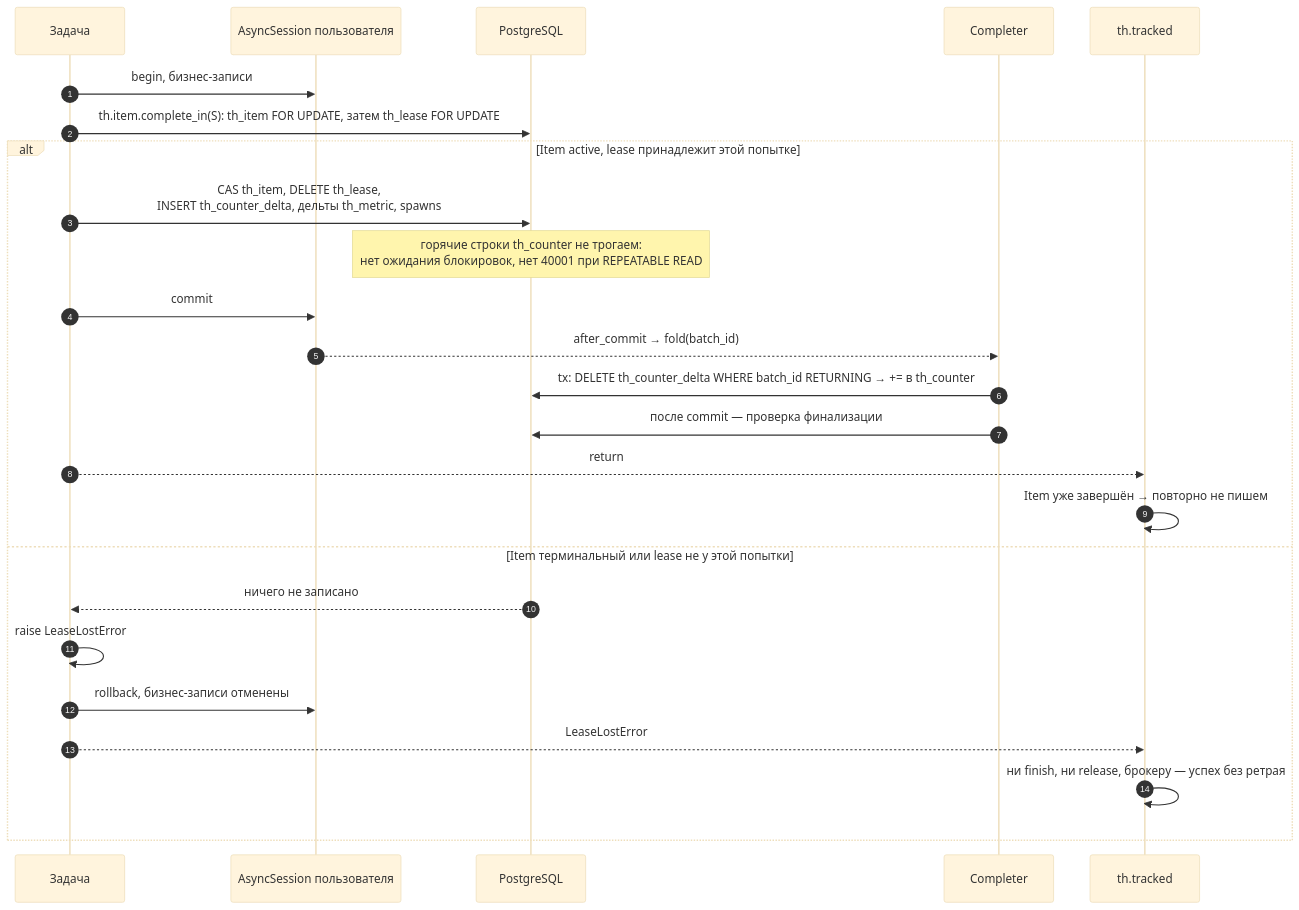
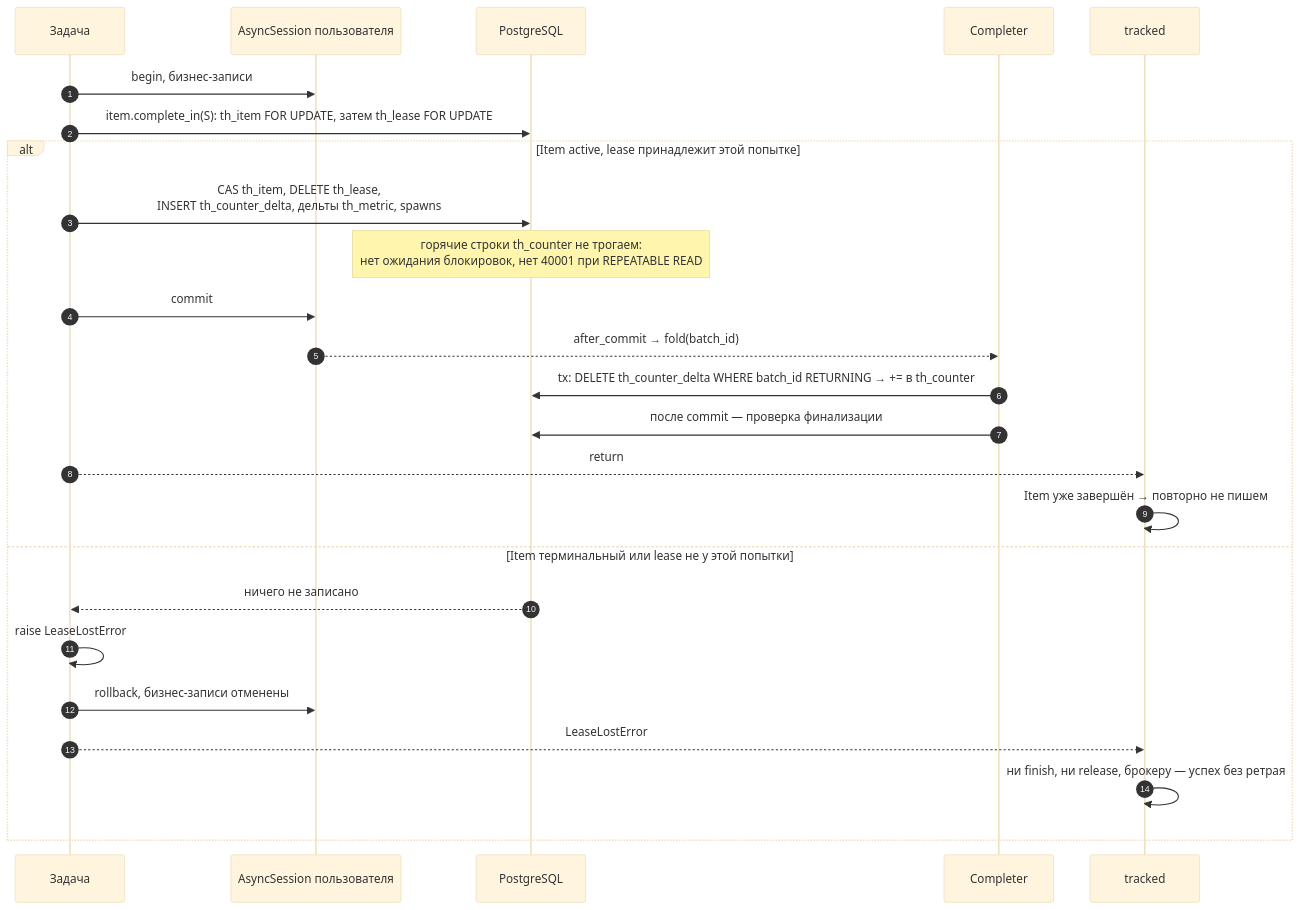
One commit to 0cherednoq/Tallyho changed diagram 20 of 40 in docs/ARCHITECTURE.md. Above: the diagram before and after it, drawn with Mermaid (base theme). The commit also changed other lines of this file, not shown here.

First line of the commit message:
Fix-13: ARCHITECTURE — публичный API задачи и потоковое добавление

````diff
--- a/docs/ARCHITECTURE.md
+++ b/docs/ARCHITECTURE.md
@@ -1107,28 +1115,28 @@
 ```mermaid
 sequenceDiagram
     autonumber
     participant T as Задача
     participant S as AsyncSession пользователя
     participant DB as PostgreSQL
     participant C as Completer
-    participant MW as th.tracked
+    participant MW as tracked
 
     T->>S: begin, бизнес-записи
-    T->>DB: th.item.complete_in(S): th_item FOR UPDATE, затем th_lease FOR UPDATE
+    T->>DB: item.complete_in(S): th_item FOR UPDATE, затем th_lease FOR UPDATE
     alt Item active, lease принадлежит этой попытке
         T->>DB: CAS th_item, DELETE th_lease,<br/>INSERT th_counter_delta, дельты th_metric, spawns
         Note over DB: горячие строки th_counter не трогаем:<br/>нет ожидания блокировок, нет 40001 при REPEATABLE READ
         T->>S: commit
         S-->>C: after_commit → fold(batch_id)
         C->>DB: tx: DELETE th_counter_delta WHERE batch_id RETURNING → += в th_counter
         C->>DB: после commit — проверка финализации
         T-->>MW: return
         MW->>MW: Item уже завершён → повторно не пишем
     else Item терминальный или lease не у этой попытки
         DB-->>T: ничего не записано
         T->>T: raise LeaseLostError
         T->>S: rollback, бизнес-записи отменены
         T-->>MW: LeaseLostError
         MW->>MW: ни finish, ни release, брокеру — успех без ретрая
     end
 ```
````
